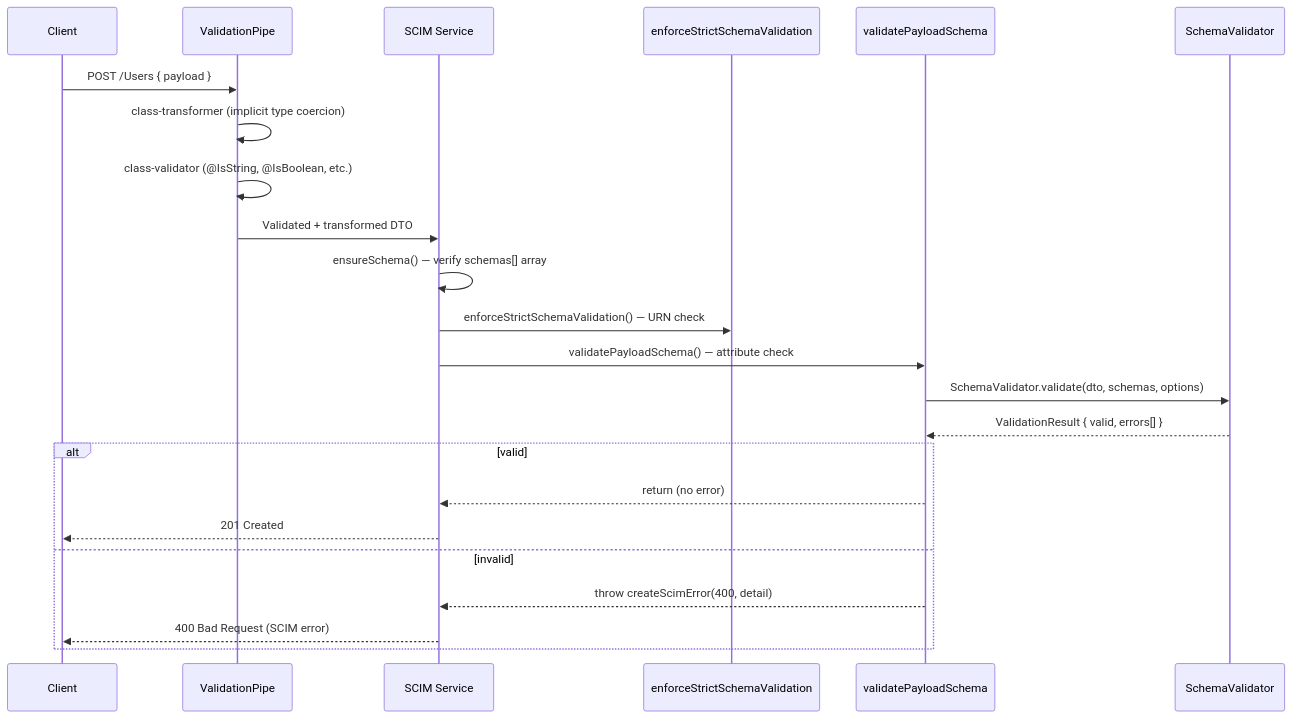
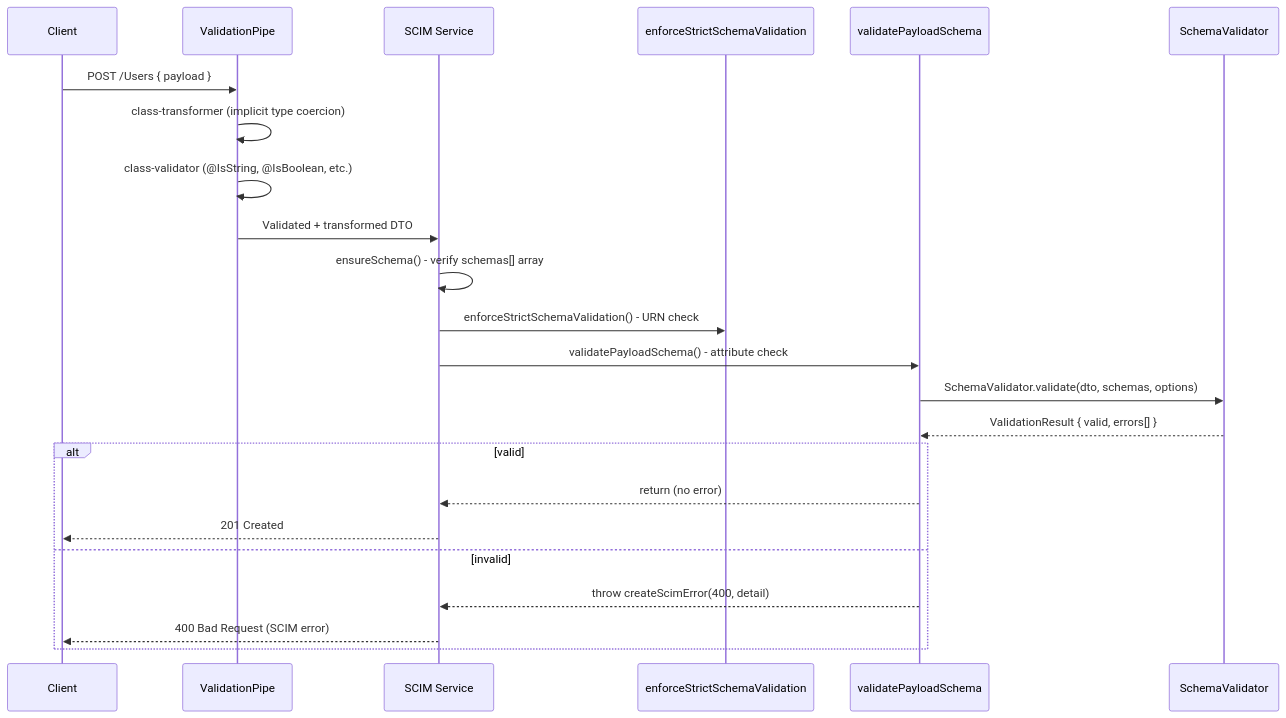
Before and after one commit to pranems/SCIMServer: the third of 6 diagrams in docs/phases/PHASE_08_SCHEMA_VALIDATION.md, drawn with Mermaid. The commit also changed other lines of this file and 337 other files, not shown here.

````diff
--- a/docs/phases/PHASE_08_SCHEMA_VALIDATION.md
+++ b/docs/phases/PHASE_08_SCHEMA_VALIDATION.md
@@ -180,26 +180,26 @@
 ```mermaid
 sequenceDiagram
     participant C as Client
     participant VP as ValidationPipe
     participant S as SCIM Service
     participant SSV as enforceStrictSchemaValidation
     participant PSV as validatePayloadSchema
     participant SV as SchemaValidator
 
     C->>VP: POST /Users { payload }
     VP->>VP: class-transformer (implicit type coercion)
     VP->>VP: class-validator (@IsString, @IsBoolean, etc.)
     VP->>S: Validated + transformed DTO
-    S->>S: ensureSchema() — verify schemas[] array
-    S->>SSV: enforceStrictSchemaValidation() — URN check
-    S->>PSV: validatePayloadSchema() — attribute check
+    S->>S: ensureSchema() - verify schemas[] array
+    S->>SSV: enforceStrictSchemaValidation() - URN check
+    S->>PSV: validatePayloadSchema() - attribute check
     PSV->>SV: SchemaValidator.validate(dto, schemas, options)
     SV-->>PSV: ValidationResult { valid, errors[] }
     alt valid
         PSV-->>S: return (no error)
         S-->>C: 201 Created
     else invalid
         PSV-->>S: throw createScimError(400, detail)
         S-->>C: 400 Bad Request (SCIM error)
     end
 ```
````
